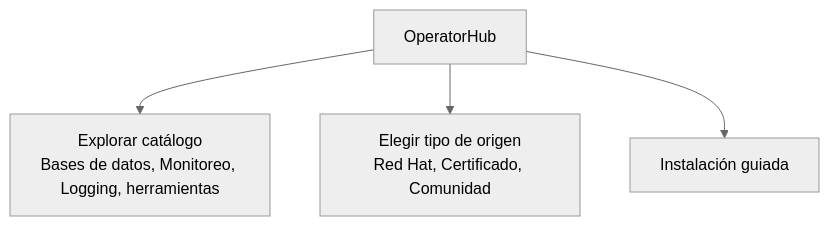
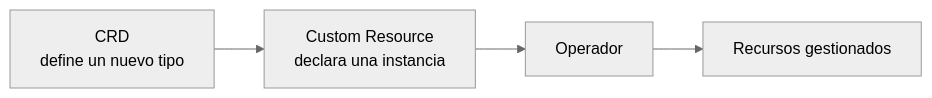
One commit to ieftraining/curso-openshift changed the second of 4 diagrams in docs/sesion3/3.7 Operadores.md. Above: the diagram before and after it, drawn with Mermaid (neutral theme). The commit also changed other lines of this file, not shown here.

````diff
--- a/docs/sesion3/3.7 Operadores.md
+++ b/docs/sesion3/3.7 Operadores.md
@@ -46,6 +62,6 @@
 ```mermaid
-flowchart TD
-    A[OperatorHub] --> B[Explorar catálogo<br>Bases de datos, Monitoreo, Logging, herramientas]
-    A --> C[Elegir tipo de origen<br>Red Hat, Certificado, Comunidad]
-    A --> D[Instalación guiada]
+flowchart LR
+    A[CRD<br/>define un nuevo tipo] --> B[Custom Resource<br/>declara una instancia]
+    B --> C[Operador]
+    C --> D[Recursos gestionados]
 ```
````
